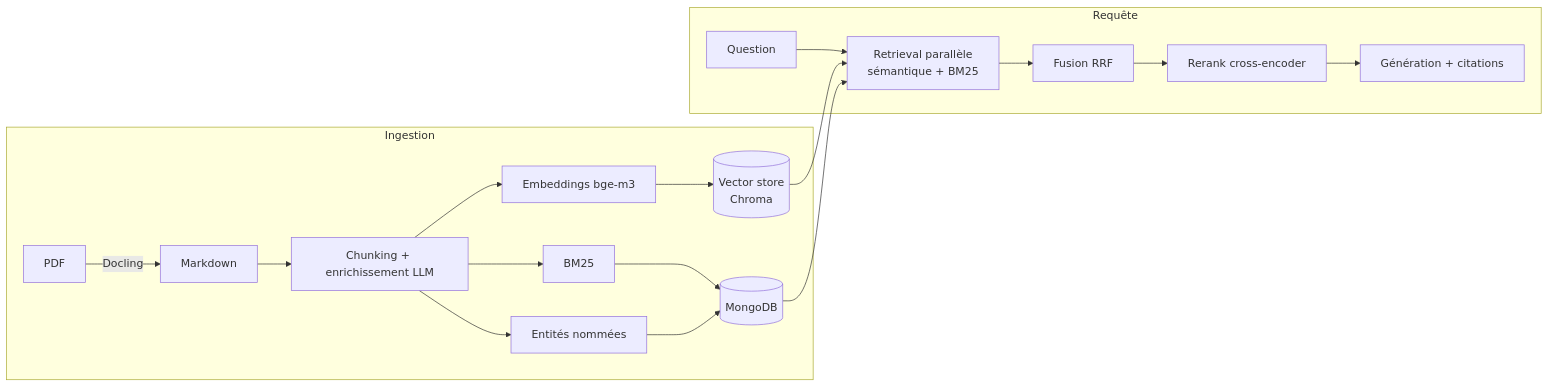
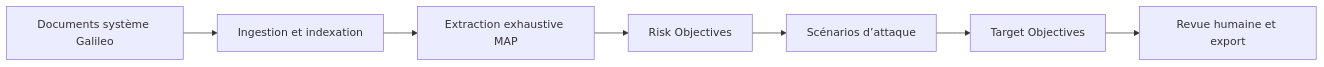
Before and after one commit to laurykb/ai-for-galileo: the diagram in README.md, drawn with Mermaid. The commit also changed other lines of this file and 5 other files, not shown here.

````diff
--- a/README.md
+++ b/README.md
@@ -87,18 +25,9 @@
 ```mermaid
 flowchart LR
-  subgraph Ingestion
-    A[PDF] -->|Docling| B[Markdown] --> C[Chunking + enrichissement LLM]
-    C --> D[Embeddings bge-m3]
-    C --> E[BM25]
-    C --> F[Entités nommées]
-    D --> G[(Vector store<br/>Chroma)]
-    E --> H[(MongoDB)]
-    F --> H
-  end
-  subgraph Requête
-    Q[Question] --> S[Retrieval parallèle<br/>sémantique + BM25]
-    G --> S
-    H --> S
-    S --> T[Fusion RRF] --> U[Rerank cross-encoder] --> V[Génération + citations]
-  end
+  A[Documents système Galileo] --> B[Ingestion et indexation]
+  B --> C[Extraction exhaustive MAP]
+  C --> D[Risk Objectives]
+  D --> E[Scénarios d’attaque]
+  E --> F[Target Objectives]
+  F --> G[Revue humaine et export]
 ```
````
